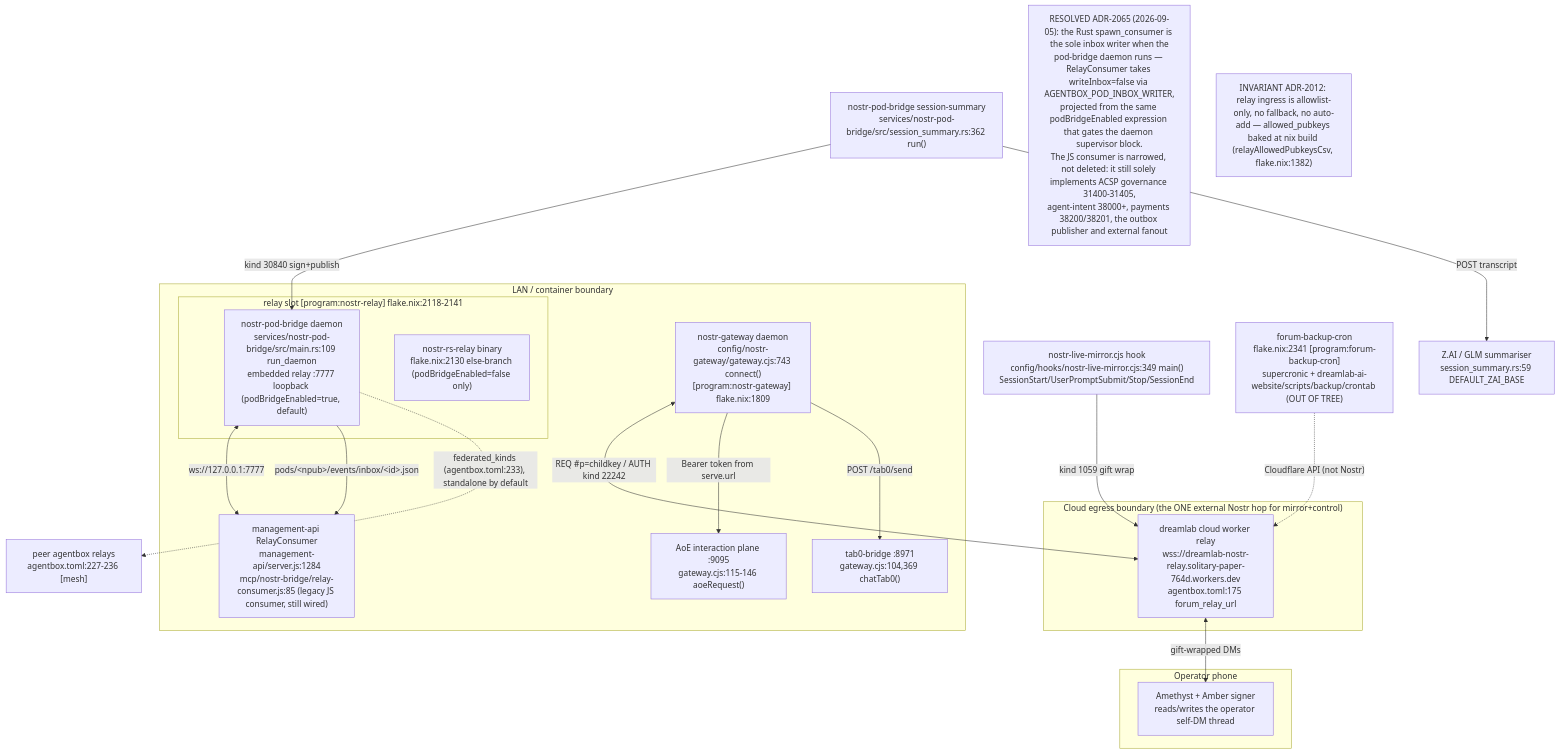
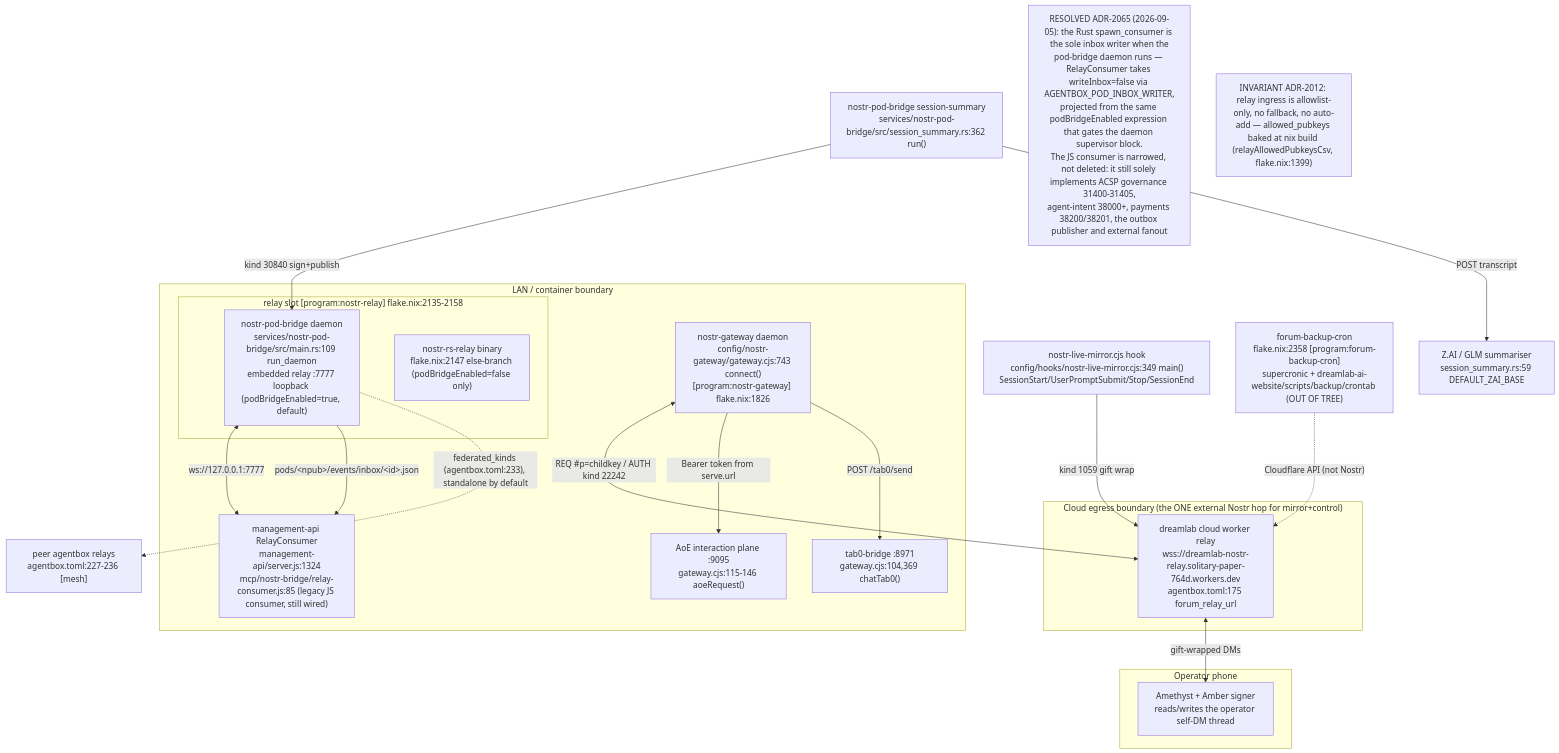
The first of 17 diagrams in docs/diagrams/agentbox/13-nostr-relay-gateway-bridge-mirror.md (DreamLab-AI/AR-AI-Knowledge-Graph), drawn with Mermaid before and after one commit. The commit also changed other lines of this file and 73 other files, not shown here.

First line of the commit message:
docs(diagrams): re-verify all 71 topic files against HEAD; add --cite-check

````diff
--- a/docs/diagrams/agentbox/13-nostr-relay-gateway-bridge-mirror.md
+++ b/docs/diagrams/agentbox/13-nostr-relay-gateway-bridge-mirror.md
@@ -38,39 +39,39 @@
 ```mermaid
 flowchart TB
     subgraph lan["LAN / container boundary"]
-        subgraph relayslot["relay slot [program:nostr-relay] flake.nix:2118-2141"]
+        subgraph relayslot["relay slot [program:nostr-relay] flake.nix:2135-2158"]
             PB["nostr-pod-bridge daemon<br/>services/nostr-pod-bridge/src/main.rs:109 run_daemon<br/>embedded relay :7777 loopback (podBridgeEnabled=true, default)"]
-            RS["nostr-rs-relay binary<br/>flake.nix:2130 else-branch (podBridgeEnabled=false only)"]
+            RS["nostr-rs-relay binary<br/>flake.nix:2147 else-branch (podBridgeEnabled=false only)"]
         end
-        GW["nostr-gateway daemon<br/>config/nostr-gateway/gateway.cjs:743 connect()<br/>[program:nostr-gateway] flake.nix:1809"]
-        MGMT["management-api RelayConsumer<br/>management-api/server.js:1284<br/>mcp/nostr-bridge/relay-consumer.js:85 (legacy JS consumer, still wired)"]
+        GW["nostr-gateway daemon<br/>config/nostr-gateway/gateway.cjs:743 connect()<br/>[program:nostr-gateway] flake.nix:1826"]
+        MGMT["management-api RelayConsumer<br/>management-api/server.js:1324<br/>mcp/nostr-bridge/relay-consumer.js:85 (legacy JS consumer, still wired)"]
         AOE["AoE interaction plane :9095<br/>gateway.cjs:115-146 aoeRequest()"]
         TAB0["tab0-bridge :8971<br/>gateway.cjs:104,369 chatTab0()"]
     end
     subgraph cloud["Cloud egress boundary (the ONE external Nostr hop for mirror+control)"]
         CLOUD["dreamlab cloud worker relay<br/>wss://dreamlab-nostr-relay.solitary-paper-764d.workers.dev<br/>agentbox.toml:175 forum_relay_url"]
     end
     subgraph phone["Operator phone"]
         AME["Amethyst + Amber signer<br/>reads/writes the operator self-DM thread"]
     end
     MIRROR["nostr-live-mirror.cjs hook<br/>config/hooks/nostr-live-mirror.cjs:349 main()<br/>SessionStart/UserPromptSubmit/Stop/SessionEnd"]
     DIGEST["nostr-pod-bridge session-summary<br/>services/nostr-pod-bridge/src/session_summary.rs:362 run()"]
     ZAI["Z.AI / GLM summariser<br/>session_summary.rs:59 DEFAULT_ZAI_BASE"]
-    FORUM["forum-backup-cron<br/>flake.nix:2341 [program:forum-backup-cron]<br/>supercronic + dreamlab-ai-website/scripts/backup/crontab (OUT OF TREE)"]
+    FORUM["forum-backup-cron<br/>flake.nix:2358 [program:forum-backup-cron]<br/>supercronic + dreamlab-ai-website/scripts/backup/crontab (OUT OF TREE)"]
     MESH["peer agentbox relays<br/>agentbox.toml:227-236 [mesh]"]
 
     MIRROR -->|"kind 1059 gift wrap"| CLOUD
     GW <-->|"REQ #p=childkey / AUTH kind 22242"| CLOUD
     CLOUD <-->|"gift-wrapped DMs"| AME
     DIGEST -->|"kind 30840 sign+publish"| PB
     DIGEST -->|"POST transcript"| ZAI
     PB <-->|"ws://127.0.0.1:7777"| MGMT
     PB -->|"pods/&lt;npub&gt;/events/inbox/&lt;id&gt;.json"| MGMT
     GW -->|"Bearer token from serve.url"| AOE
     GW -->|"POST /tab0/send"| TAB0
     PB -.->|"federated_kinds (agentbox.toml:233), standalone by default"| MESH
     FORUM -.->|"Cloudflare API (not Nostr)"| CLOUD
 
 N1["RESOLVED ADR-2065 (2026-09-05): the Rust spawn_consumer is the sole inbox writer when the<br/>pod-bridge daemon runs — RelayConsumer takes writeInbox=false via AGENTBOX_POD_INBOX_WRITER,<br/>projected from the same podBridgeEnabled expression that gates the daemon supervisor block.<br/>The JS consumer is narrowed, not deleted: it still solely implements ACSP governance 31400-31405,<br/>agent-intent 38000+, payments 38200/38201, the outbox publisher and external fanout"]
-    N2["INVARIANT ADR-2012: relay ingress is allowlist-only, no fallback, no auto-add — allowed_pubkeys baked at nix build (relayAllowedPubkeysCsv, flake.nix:1382)"]
+    N2["INVARIANT ADR-2012: relay ingress is allowlist-only, no fallback, no auto-add — allowed_pubkeys baked at nix build (relayAllowedPubkeysCsv, flake.nix:1399)"]
 ```
````
